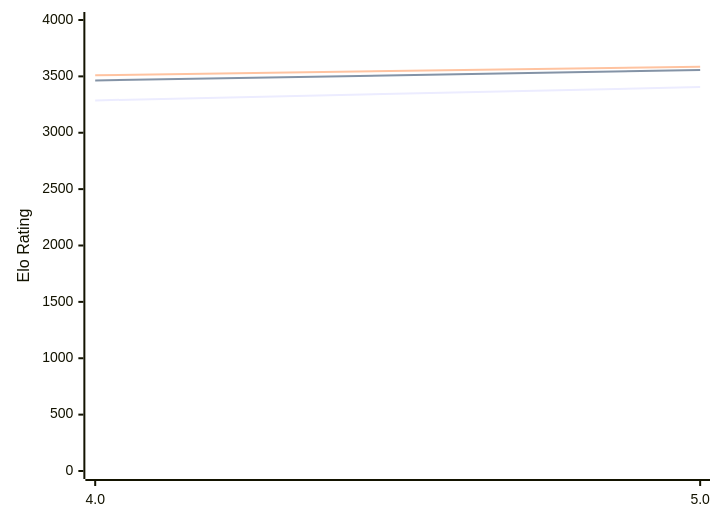
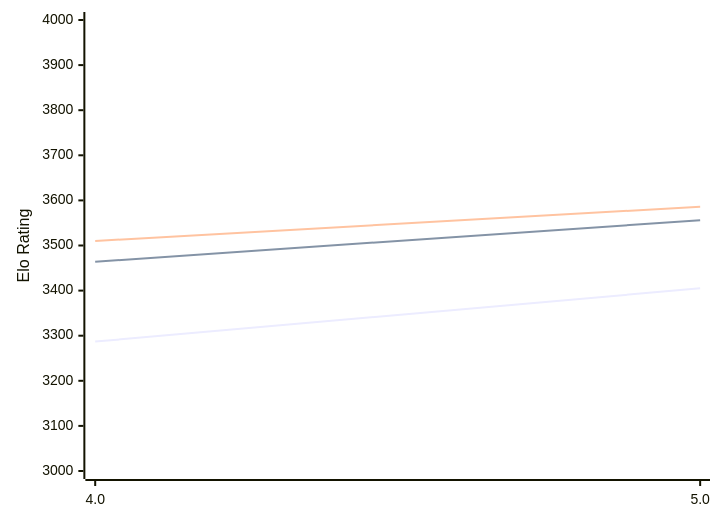
One commit to computer-chess-index/cci changed the diagram in engines/Tarnished.md. Above: the diagram before and after it, drawn with Mermaid. The commit also changed other lines of this file, not shown here.

Commit message:
Update CCI Ratings (ELO VLTC) - 2026-02-10

````diff
--- a/engines/Tarnished.md
+++ b/engines/Tarnished.md
@@ -33,9 +33,9 @@
 ```mermaid
 %%{init: {"theme":"base","themeVariables":{"seriesColors:['#a3a3a3','#222221','#faa371']}}}%%
 xychart-beta
   x-axis ["4.0", "5.0"]
-  y-axis "Elo Rating" 0 --> 4000
+  y-axis "Elo Rating" 3000 --> 4000
   line "STC (8.0+0.08s)" [3287, 3405]
   line "LTC (60.0+0.60s)" [3464, 3556]
   line "VLTC (2m24s+1.12s)" [3510, 3586]
 ```
````
